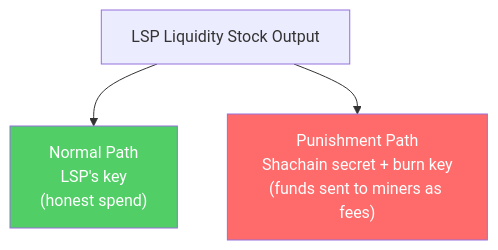
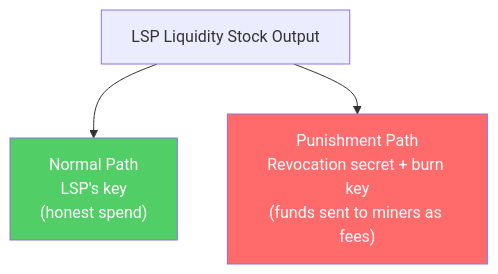
One commit to 8144225309/superscalar-docs changed the first of 2 diagrams in core-concepts/shachain-revocation.md. Above: the diagram before and after it, drawn with Mermaid. The commit also changed other lines of this file and 9 other files, not shown here.

First line of the commit message:
docs: fix migration chart, document flat revocation secrets

````diff
--- a/core-concepts/shachain-revocation.md
+++ b/core-concepts/shachain-revocation.md
@@ -15,9 +15,9 @@
 ```mermaid
 graph TD
     LS["LSP Liquidity Stock Output"]
     LS --> N["Normal Path<br/>LSP's key<br/>(honest spend)"]
-    LS --> P["Punishment Path<br/>Shachain secret + burn key<br/>(funds sent to miners as fees)"]
+    LS --> P["Punishment Path<br/>Revocation secret + burn key<br/>(funds sent to miners as fees)"]
 
     style N fill:#51cf66,color:#fff
     style P fill:#ff6b6b,color:#fff
 ```
````
